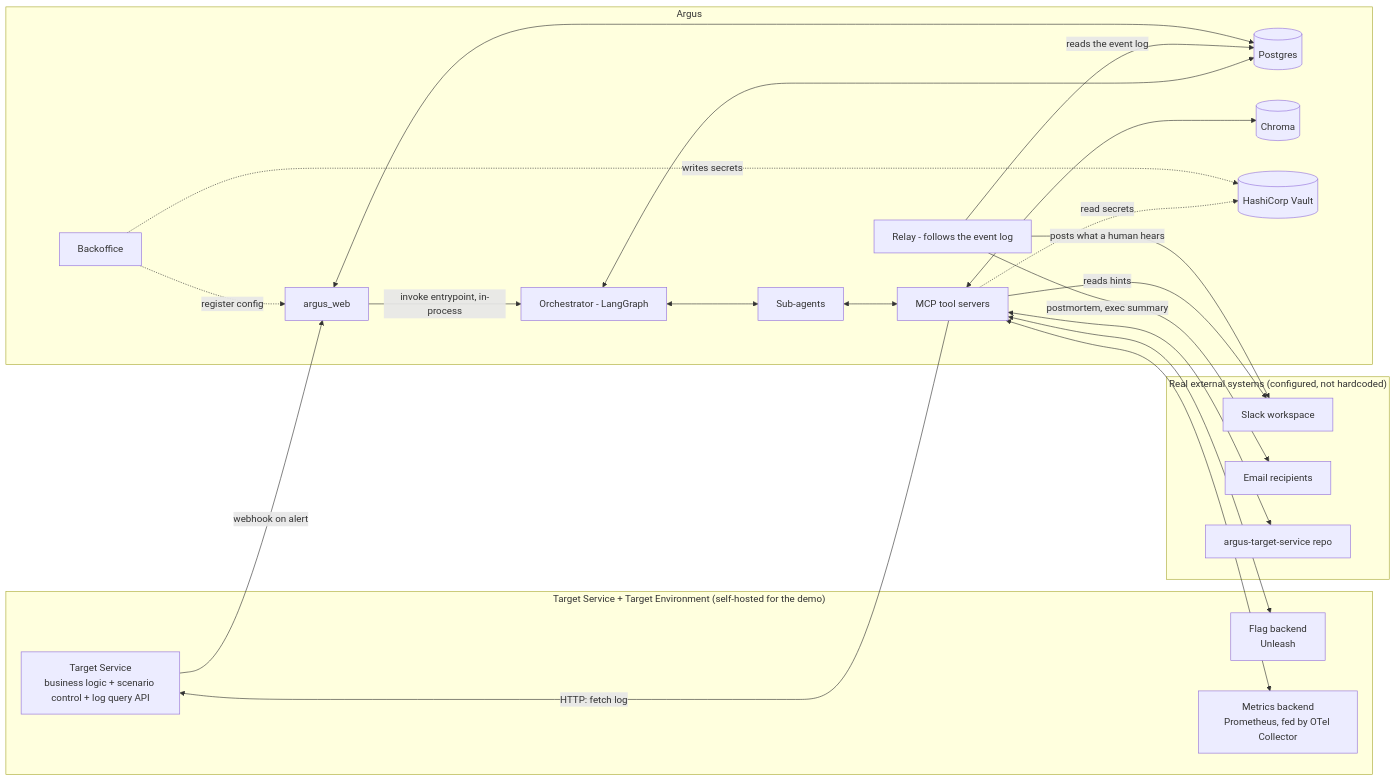
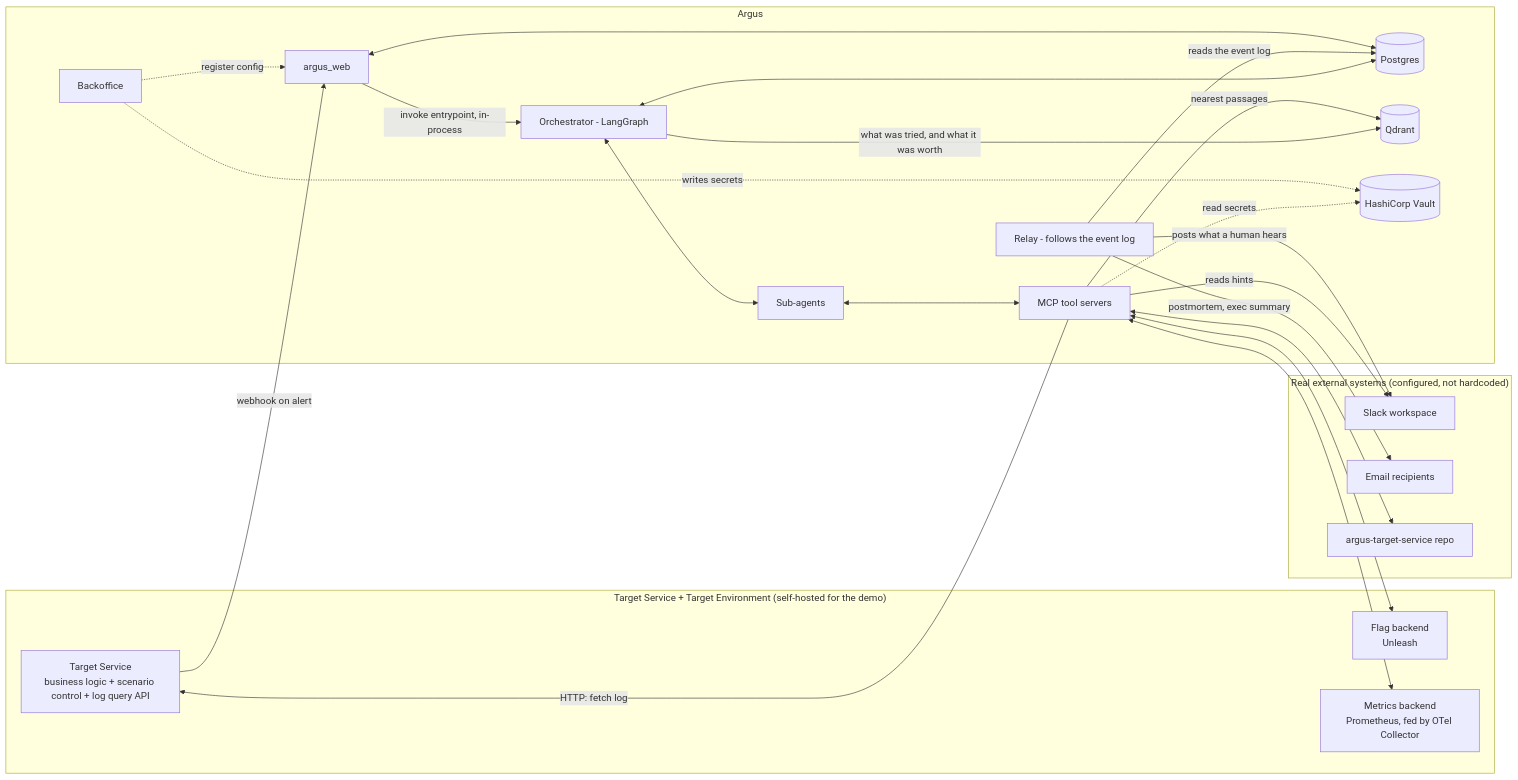
One commit to ohadraz/Argus changed the first of 5 diagrams in docs/spec-and-architecture.md. Above: the diagram before and after it, drawn with Mermaid. The commit also changed other lines of this file and 63 other files, not shown here.

Commit message:
what an incident tried, kept for the one that comes after it

````diff
--- a/docs/spec-and-architecture.md
+++ b/docs/spec-and-architecture.md
@@ -74,45 +74,46 @@
 ```mermaid
 flowchart LR
     subgraph Real["Real external systems (configured, not hardcoded)"]
         SLK[Slack workspace]
         MAIL[Email recipients]
         GH[argus-target-service repo]
     end
 
     subgraph TargetEnv["Target Service + Target Environment (self-hosted for the demo)"]
         TS[Target Service<br/>business logic + scenario control + log query API]
         FLAGS[Flag backend<br/>Unleash]
         METRICS[Metrics backend<br/>Prometheus, fed by OTel Collector]
     end
 
     subgraph Argus["Argus"]
         WEB[argus_web]
         ORCH[Orchestrator - LangGraph]
         AGENTS[Sub-agents]
         MCPS[MCP tool servers]
         RELAY[Relay - follows the event log]
         PG[(Postgres)]
-        CHROMA[(Chroma)]
+        QDRANT[(Qdrant)]
         VAULT[(HashiCorp Vault)]
         BO[Backoffice]
     end
 
     TS -->|webhook on alert| WEB
     WEB -->|invoke entrypoint, in-process| ORCH
     ORCH <--> AGENTS
     AGENTS <--> MCPS
     MCPS -->|HTTP: fetch log| TS
     MCPS <--> FLAGS
     MCPS <--> METRICS
     MCPS <--> GH
     MCPS -->|reads hints| SLK
     RELAY -->|posts what a human hears| SLK
     RELAY -->|postmortem, exec summary| MAIL
-    MCPS <--> CHROMA
+    ORCH -->|what was tried, and what it was worth| QDRANT
+    MCPS -->|nearest passages| QDRANT
     ORCH <--> PG
     RELAY -->|reads the event log| PG
     MCPS -.->|read secrets| VAULT
     WEB <--> PG
     BO -.->|register config| WEB
     BO -.->|writes secrets| VAULT
 ```
````
